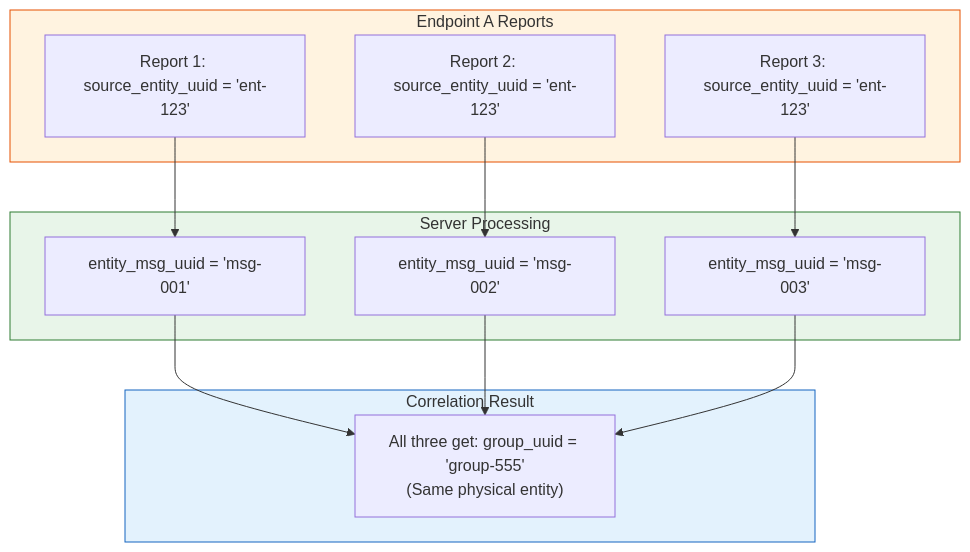
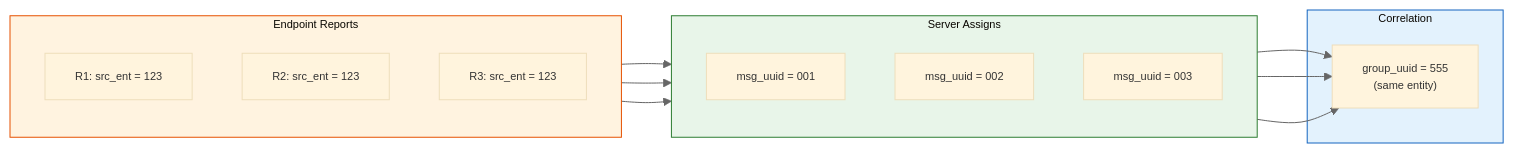
Before and after one commit to ericpauls/disco_workspace: the third of 6 diagrams in docs/data-architecture-erd.md, drawn with Mermaid. The commit also changed other lines of this file and 1 other file, not shown here.

First line of the commit message:
docs: Improve architecture diagram readability

````diff
--- a/docs/data-architecture-erd.md
+++ b/docs/data-architecture-erd.md
@@ -146,30 +103,35 @@
 ```mermaid
-flowchart TB
-    subgraph Endpoint["Endpoint A Reports"]
-        R1["Report 1: source_entity_uuid = 'ent-123'"]
-        R2["Report 2: source_entity_uuid = 'ent-123'"]
-        R3["Report 3: source_entity_uuid = 'ent-123'"]
+%%{init: {'theme': 'base', 'themeVariables': { 'lineColor': '#666', 'fontSize': '11px'}}}%%
+flowchart LR
+    subgraph endpoint["Endpoint Reports"]
+        direction TB
+        r1["R1: src_ent = 123"]
+        r2["R2: src_ent = 123"]
+        r3["R3: src_ent = 123"]
     end
 
-    subgraph Server["Server Processing"]
-        M1["entity_msg_uuid = 'msg-001'"]
-        M2["entity_msg_uuid = 'msg-002'"]
-        M3["entity_msg_uuid = 'msg-003'"]
+    subgraph server["Server Assigns"]
+        direction TB
+        m1["msg_uuid = 001"]
+        m2["msg_uuid = 002"]
+        m3["msg_uuid = 003"]
     end
 
-    subgraph Correlation["Correlation Result"]
-        G1["All three get: group_uuid = 'group-555'<br/>(Same physical entity)"]
+    subgraph corr["Correlation"]
+        g1["group_uuid = 555<br/>(same entity)"]
     end
 
-    R1 --> M1
-    R2 --> M2
-    R3 --> M3
+    r1 --> m1
+    r2 --> m2
+    r3 --> m3
 
-    M1 --> G1
-    M2 --> G1
-    M3 --> G1
+    m1 & m2 & m3 --> g1
 
-    style Endpoint fill:#fff3e0,stroke:#e65100
-    style Server fill:#e8f5e9,stroke:#2e7d32
-    style Correlation fill:#e3f2fd,stroke:#1565c0
+    classDef epStyle fill:#fff3e0,stroke:#e65100
+    classDef srvStyle fill:#e8f5e9,stroke:#2e7d32
+    classDef corrStyle fill:#e3f2fd,stroke:#1565c0
+
+    class endpoint epStyle
+    class server srvStyle
+    class corr corrStyle
 ```
````
